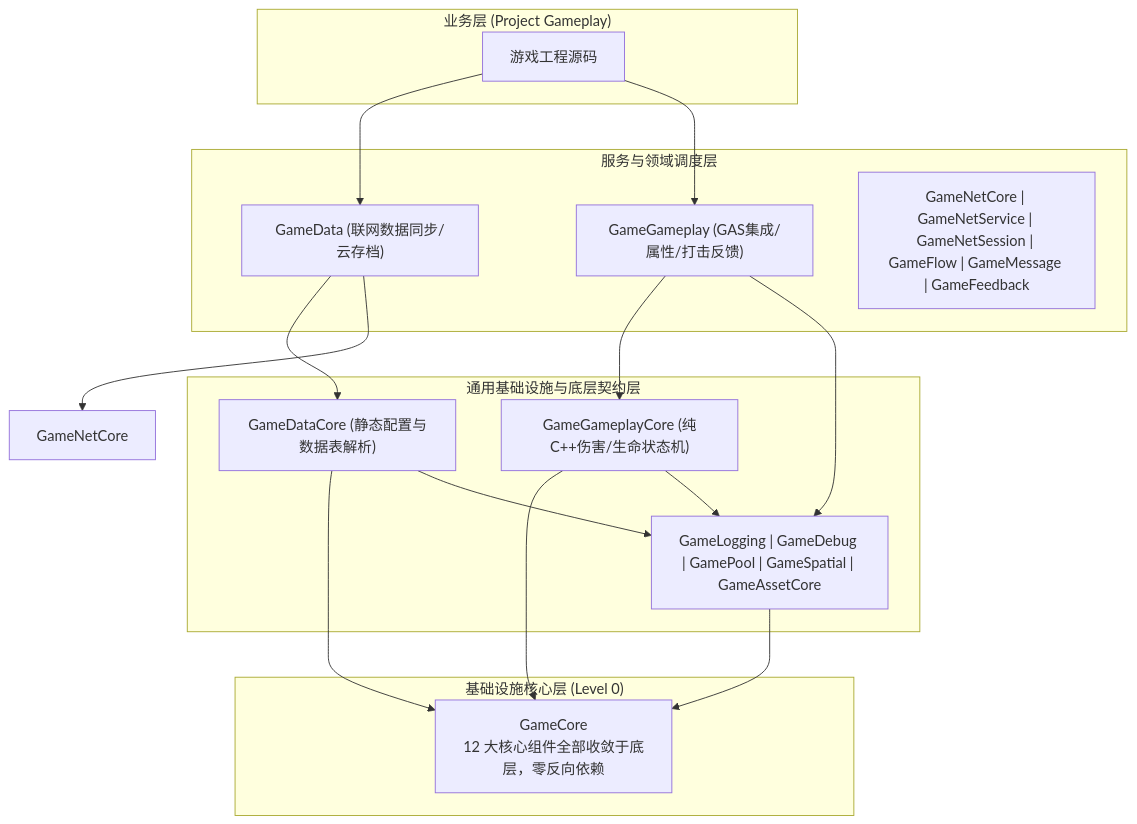
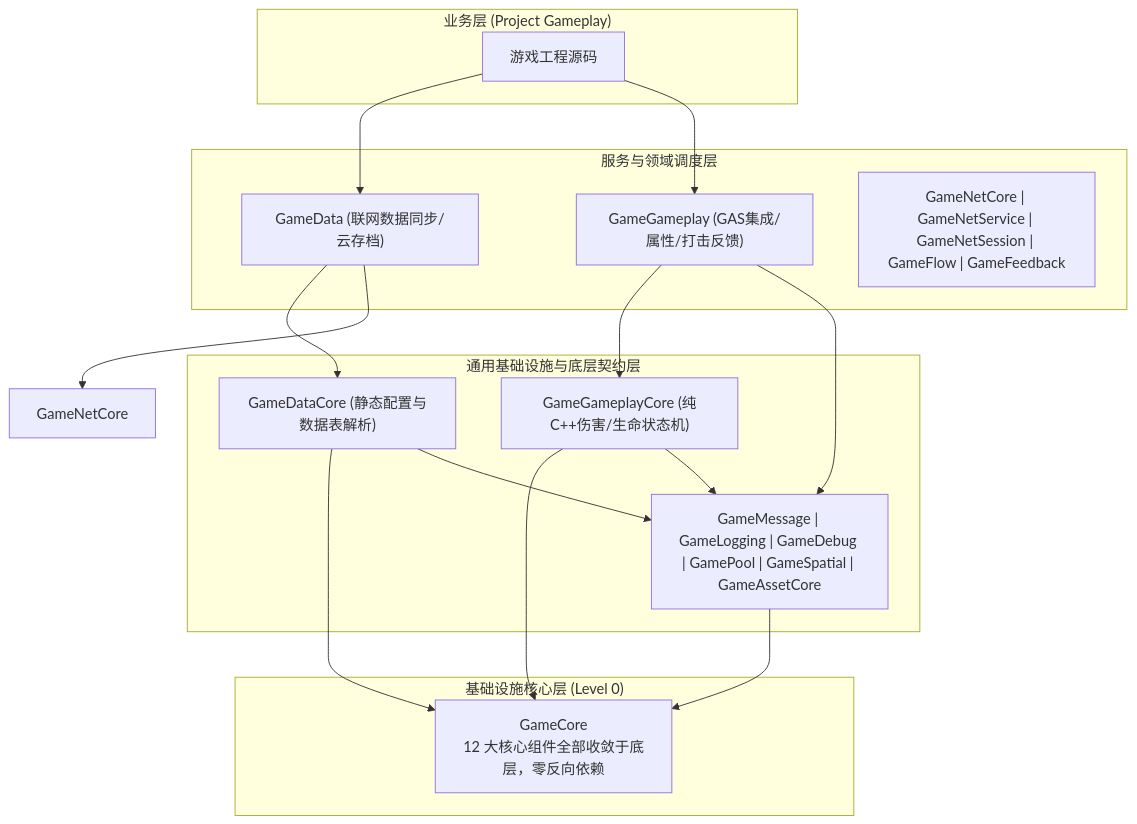
Before and after one commit to YIice-cwj/ue5-toolkit: the second of 2 diagrams in Plugins/GameCore/Docs/Architecture/Overview.md, drawn with Mermaid. The commit also changed other lines of this file and 87 other files, not shown here.

````diff
--- a/Plugins/GameCore/Docs/Architecture/Overview.md
+++ b/Plugins/GameCore/Docs/Architecture/Overview.md
@@ -60,34 +60,34 @@
 ```mermaid
 graph TD
     subgraph Layer3["业务层 (Project Gameplay)"]
         GameProject["游戏工程源码"]
     end
 
     subgraph Layer2["服务与领域调度层"]
         GameGameplay["GameGameplay (GAS集成/属性/打击反馈)"]
         GameData["GameData (联网数据同步/云存档)"]
-        GameDomain["GameNetCore | GameNetService | GameNetSession | GameFlow | GameMessage | GameFeedback"]
+        GameDomain["GameNetCore | GameNetService | GameNetSession | GameFlow | GameFeedback"]
     end
 
     subgraph Layer1["通用基础设施与底层契约层"]
         GameGameplayCore["GameGameplayCore (纯C++伤害/生命状态机)"]
         GameDataCore["GameDataCore (静态配置与数据表解析)"]
-        GameLogging["GameLogging | GameDebug | GamePool | GameSpatial | GameAssetCore"]
+        GameLogging["GameMessage | GameLogging | GameDebug | GamePool | GameSpatial | GameAssetCore"]
     end
 
     subgraph Layer0["基础设施核心层 (Level 0)"]
         GameCore["GameCore<br>12 大核心组件全部收敛于底层，零反向依赖"]
     end
 
     GameProject --> GameData
     GameProject --> GameGameplay
     GameGameplay --> GameGameplayCore
     GameGameplay --> GameLogging
     GameGameplayCore --> GameCore
     GameGameplayCore --> GameLogging
     GameData --> GameDataCore
     GameData --> GameNetCore
     GameDataCore --> GameCore
     GameDataCore --> GameLogging
     GameLogging --> GameCore
 ```
````
